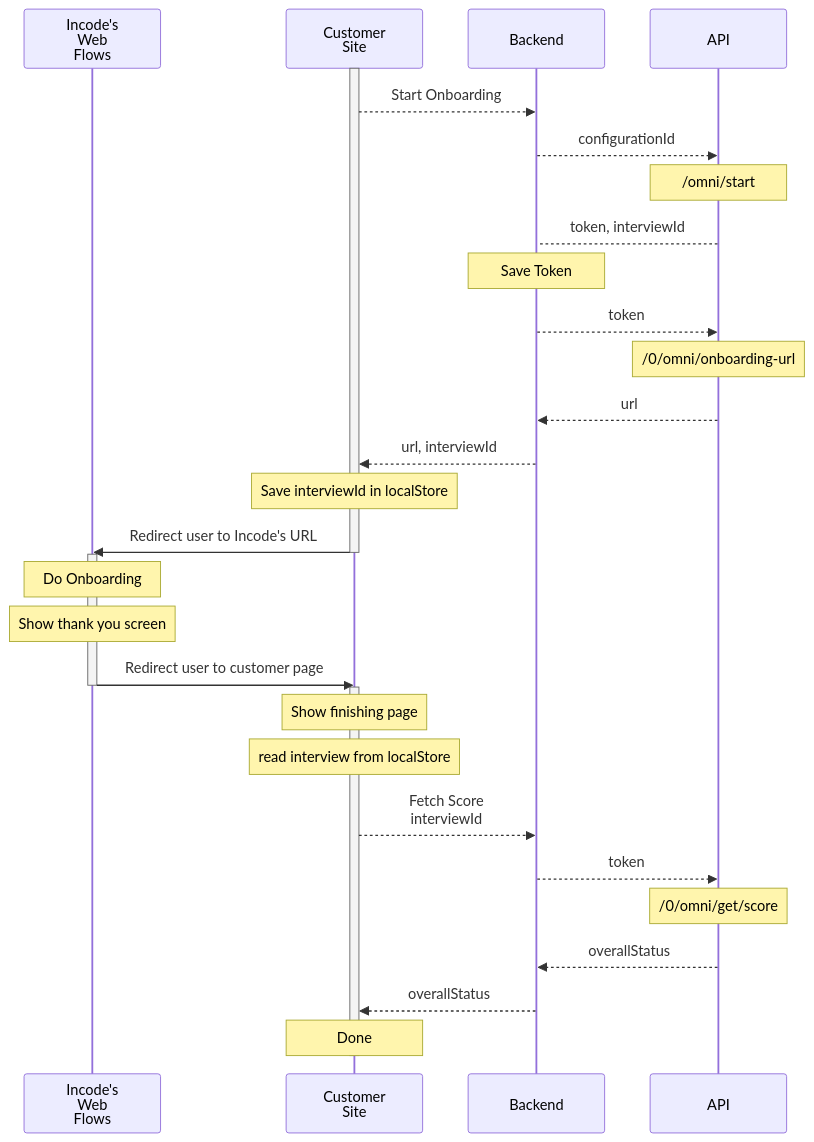
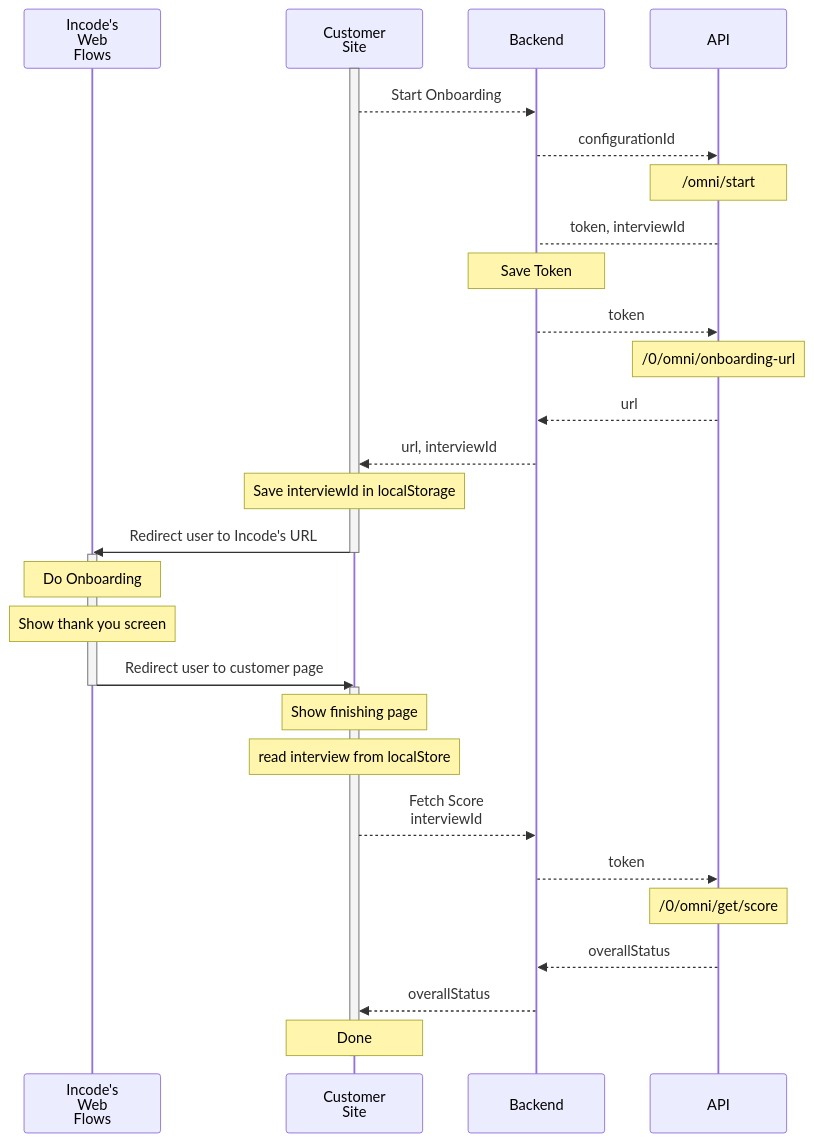
Before and after one commit to Incode-Technologies-Example-Repos/onboarding-lowcode-redirect: the diagram in README.md, drawn with Mermaid.

````diff
--- a/README.md
+++ b/README.md
@@ -9,38 +9,38 @@
 ```mermaid
 sequenceDiagram
     participant i as Incode's<br>Web<br>Flows
     participant m as Customer<br>Site
     participant b as Backend
     participant a as API
 
     activate m
     m-->>b: Start Onboarding
     b-->>a: configurationId
     note over a: /omni/start
     a-->b: token, interviewId
     note over b: Save Token
     b-->>a: token
     note over a: /0/omni/onboarding-url
     a-->>b: url
     b-->>m: url, interviewId
-    note over m: Save interviewId in localStore
+    note over m: Save interviewId in localStorage
     m->>i: Redirect user to Incode's URL
     deactivate m
     
     activate i
     note over i: Do Onboarding
     note over i: Show thank you screen
     i->>m: Redirect user to customer page
     deactivate i
     
     activate m
     note over m: Show finishing page
     note over m: read interview from localStore
     m-->>b: Fetch Score<br>interviewId
     b-->>a: token
     note over a: /0/omni/get/score
     a-->>b: overallStatus
     b-->>m: overallStatus
     note over m: Done
     deactivate m
 ```
````
